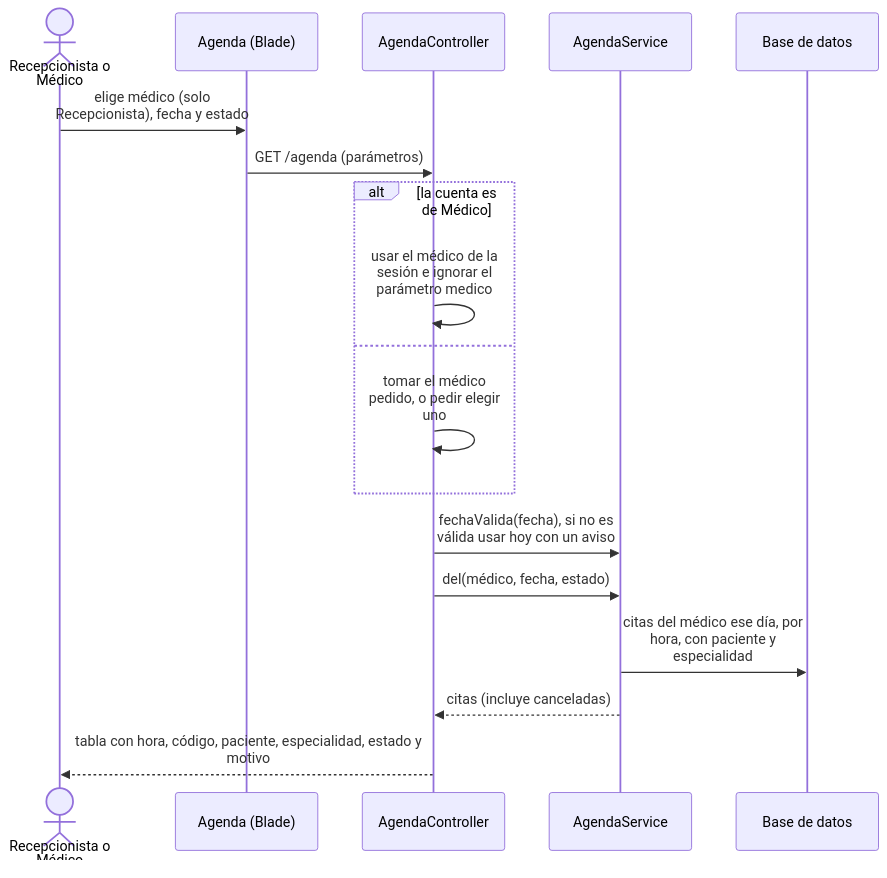
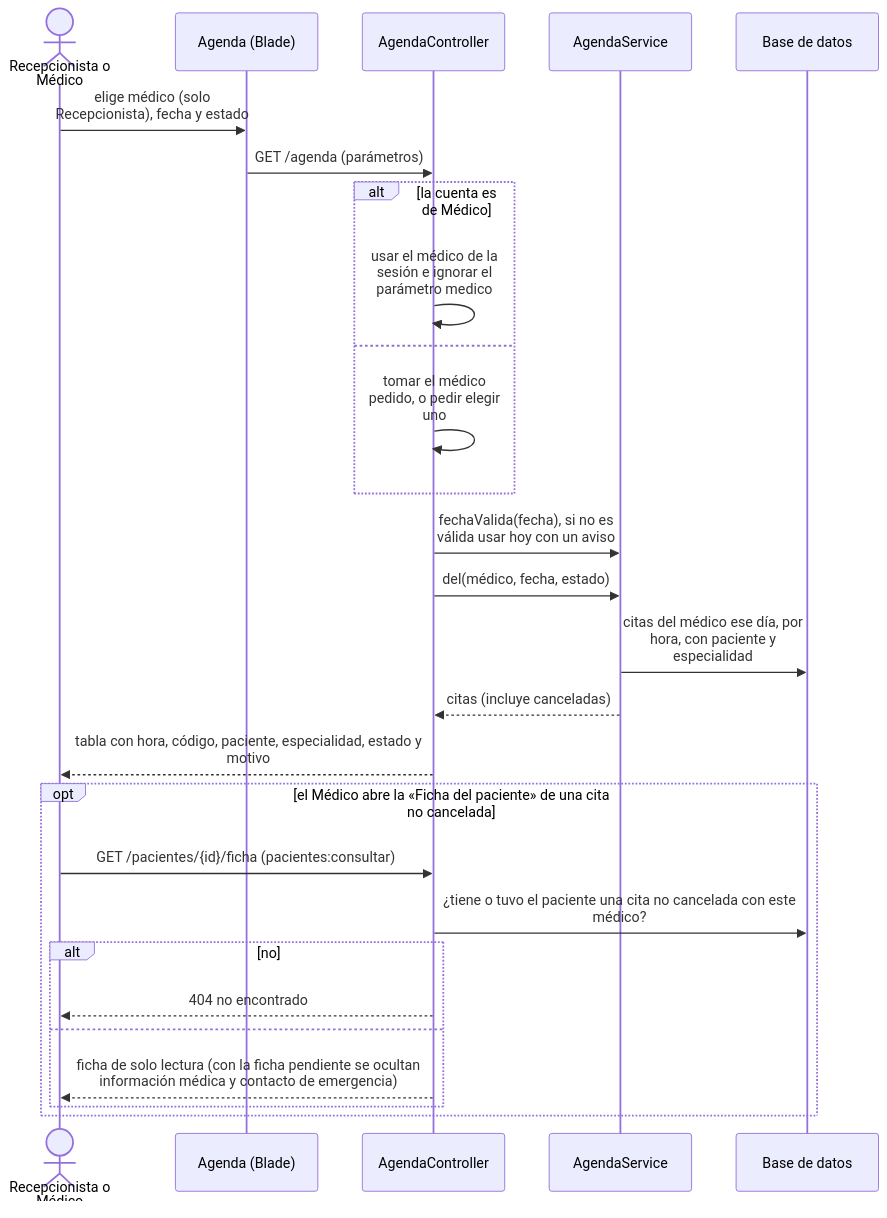
Before and after one commit to Einarpd26/2do-examen-ing-requisitos: diagram 19 of 25 in documento/Informe-Final.md, drawn with Mermaid. The commit also changed other lines of this file and 5 other files, not shown here.

Commit message:
feat(agenda): ficha de solo lectura del paciente para su medico y quitar enlaces rotos en citas canceladas (CU-13)

````diff
--- a/documento/Informe-Final.md
+++ b/documento/Informe-Final.md
@@ -1603,22 +1607,31 @@
 ```mermaid
 %%{init: {"sequence": {"wrap": true, "width": 160}}}%%
 sequenceDiagram
     actor U as Recepcionista o Médico
     participant V as Agenda (Blade)
     participant C as AgendaController
     participant S as AgendaService
     participant D as Base de datos
 
     U->>V: elige médico (solo Recepcionista), fecha y estado
     V->>C: GET /agenda (parámetros)
     alt la cuenta es de Médico
         C->>C: usar el médico de la sesión e ignorar el parámetro medico
     else
         C->>C: tomar el médico pedido, o pedir elegir uno
     end
     C->>S: fechaValida(fecha), si no es válida usar hoy con un aviso
     C->>S: del(médico, fecha, estado)
     S->>D: citas del médico ese día, por hora, con paciente y especialidad
     S-->>C: citas (incluye canceladas)
     C-->>U: tabla con hora, código, paciente, especialidad, estado y motivo
+    opt el Médico abre la «Ficha del paciente» de una cita no cancelada
+        U->>C: GET /pacientes/{id}/ficha (pacientes:consultar)
+        C->>D: ¿tiene o tuvo el paciente una cita no cancelada con este médico?
+        alt no
+            C-->>U: 404 no encontrado
+        else
+            C-->>U: ficha de solo lectura (con la ficha pendiente se ocultan información médica y contacto de emergencia)
+        end
+    end
 ```
````
